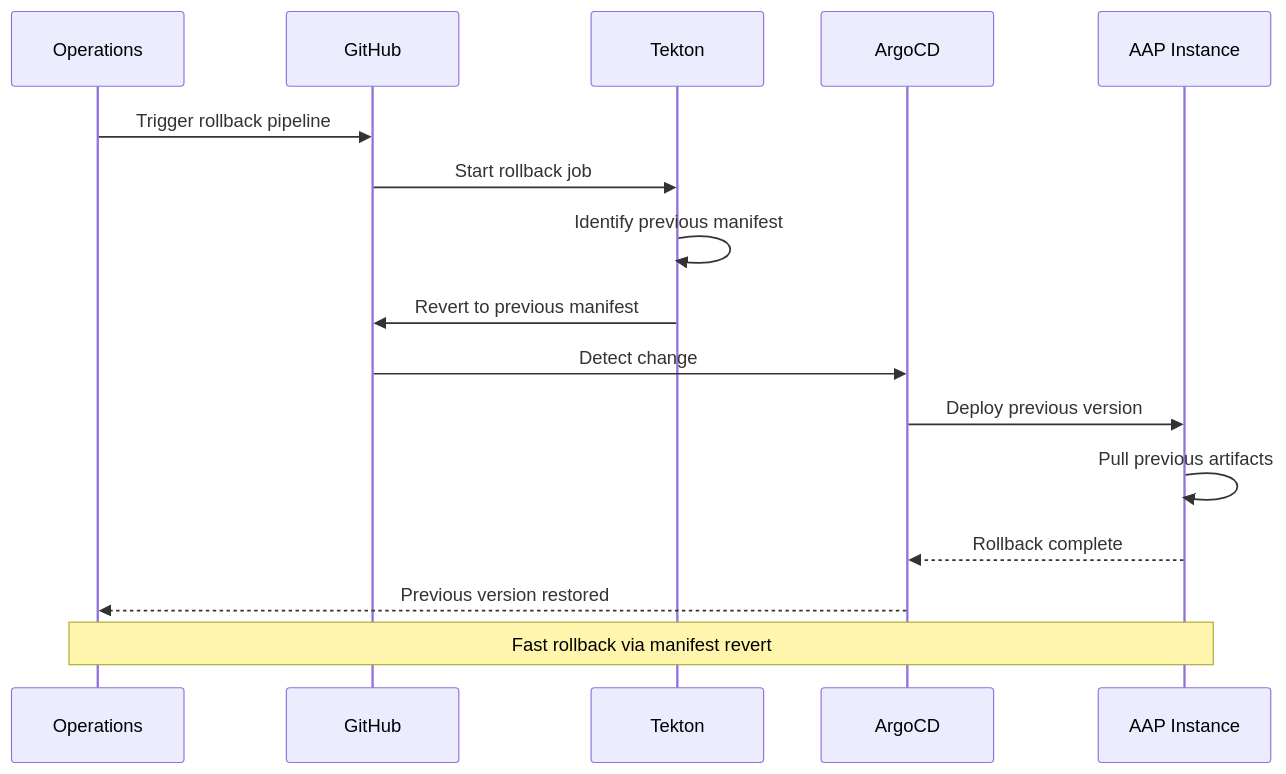
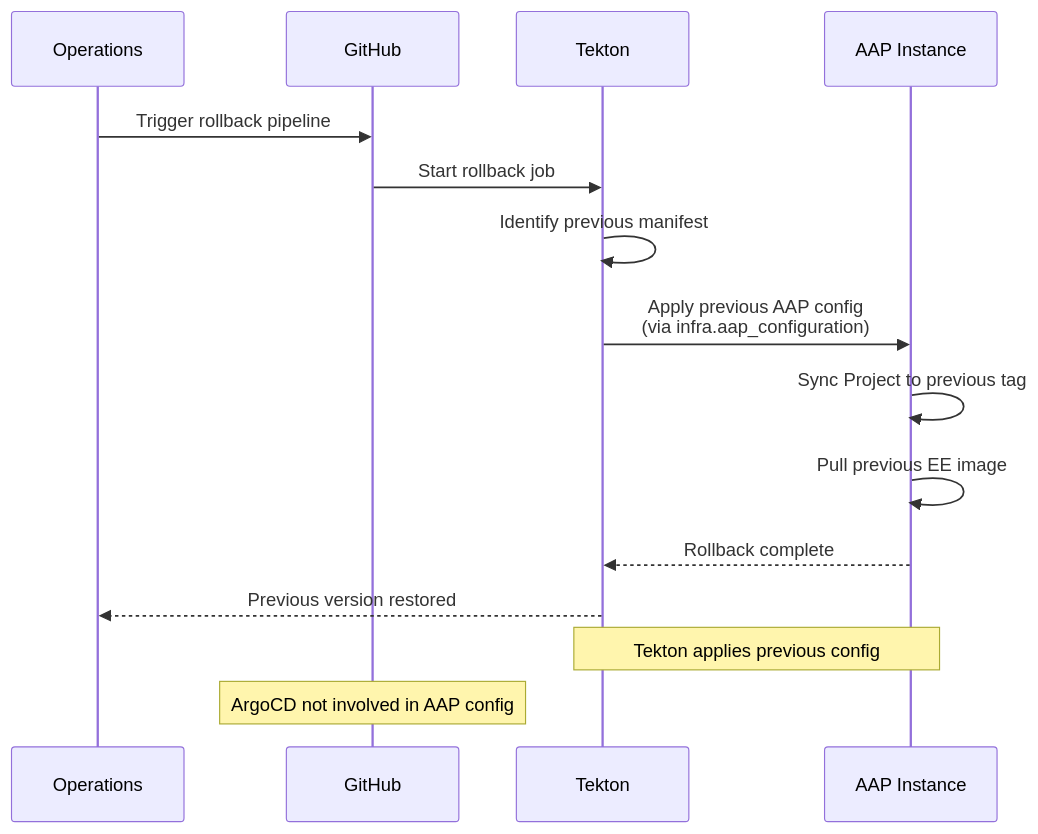
Before and after one commit to djdanielsson/rh1-docs: the eighth of 17 diagrams in docs/diagrams/PROMOTION-FLOW.md, drawn with Mermaid. The commit also changed other lines of this file, not shown here.

````diff
--- a/docs/diagrams/PROMOTION-FLOW.md
+++ b/docs/diagrams/PROMOTION-FLOW.md
@@ -317,22 +365,20 @@
 ```mermaid
 sequenceDiagram
     participant Ops as Operations
     participant GH as GitHub
     participant Tek as Tekton
-    participant Argo as ArgoCD
     participant AAP as AAP Instance
 
     Ops->>GH: Trigger rollback pipeline
     GH->>Tek: Start rollback job
     
     Tek->>Tek: Identify previous manifest
-    Tek->>GH: Revert to previous manifest
-    
-    GH->>Argo: Detect change
-    Argo->>AAP: Deploy previous version
-    AAP->>AAP: Pull previous artifacts
-    AAP-->>Argo: Rollback complete
-    Argo-->>Ops: Previous version restored
+    Tek->>AAP: Apply previous AAP config<br/>(via infra.aap_configuration)
+    AAP->>AAP: Sync Project to previous tag
+    AAP->>AAP: Pull previous EE image
+    AAP-->>Tek: Rollback complete
+    Tek-->>Ops: Previous version restored
 
-    Note over Ops,AAP: Fast rollback via manifest revert
+    Note over Tek,AAP: Tekton applies previous config
+    Note over GH: ArgoCD not involved in AAP config
 ```
````
